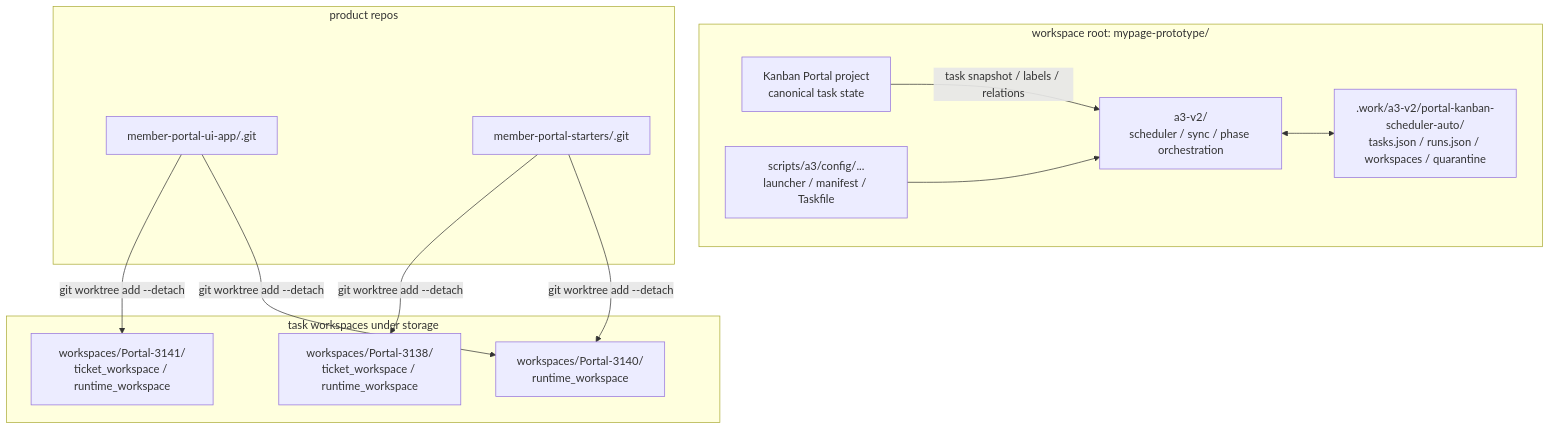
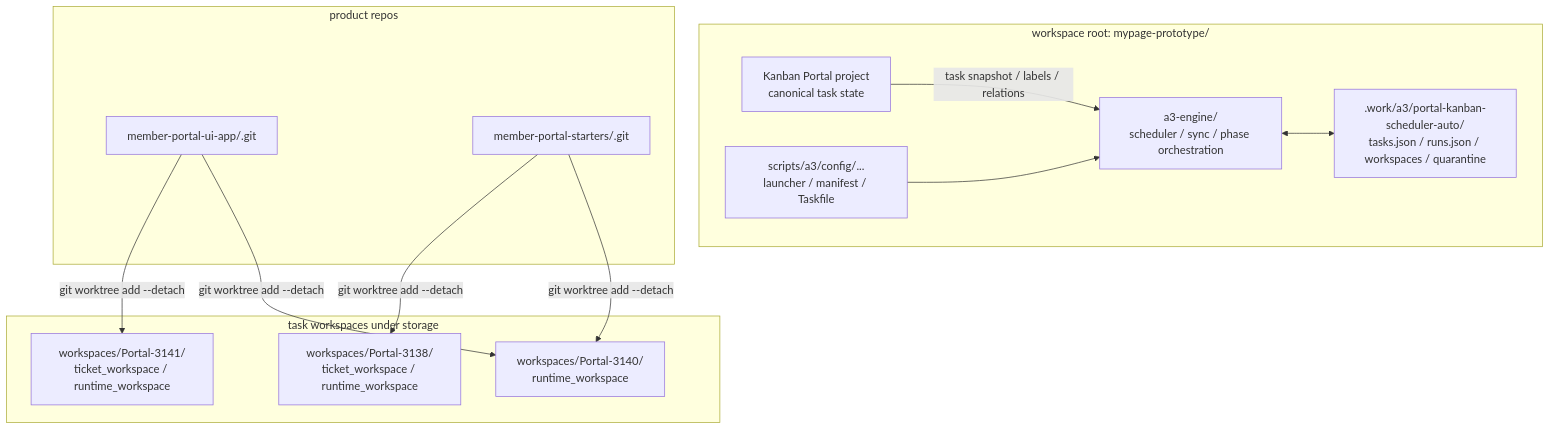
The first of 4 diagrams in docs/35-repo-worktree-and-merge-flow-diagrams.md (wamukat/a2o), drawn with Mermaid before and after one commit. The commit also changed other lines of this file and 9 other files, not shown here.

````diff
--- a/docs/35-repo-worktree-and-merge-flow-diagrams.md
+++ b/docs/35-repo-worktree-and-merge-flow-diagrams.md
@@ -21,29 +21,29 @@
 ```mermaid
 flowchart TB
   subgraph ROOT["workspace root: mypage-prototype/"]
     A3CFG["scripts/a3/config/...<br/>launcher / manifest / Taskfile"]
-    A3V2["a3-v2/<br/>scheduler / sync / phase orchestration"]
-    STORAGE[".work/a3-v2/portal-kanban-scheduler-auto/<br/>tasks.json / runs.json / workspaces / quarantine"]
+    A3ENGINE["a3-engine/<br/>scheduler / sync / phase orchestration"]
+    STORAGE[".work/a3/portal-kanban-scheduler-auto/<br/>tasks.json / runs.json / workspaces / quarantine"]
     KANBAN["Kanban Portal project<br/>canonical task state"]
   end
 
   subgraph REPOS["product repos"]
     UI["member-portal-ui-app/.git"]
     ST["member-portal-starters/.git"]
   end
 
   subgraph WORKSPACES["task workspaces under storage"]
     TW3138["workspaces/Portal-3138/<br/>ticket_workspace / runtime_workspace"]
     TW3141["workspaces/Portal-3141/<br/>ticket_workspace / runtime_workspace"]
     TW3140["workspaces/Portal-3140/<br/>runtime_workspace"]
   end
 
-  KANBAN -->|task snapshot / labels / relations| A3V2
-  A3CFG --> A3V2
-  A3V2 <--> STORAGE
+  KANBAN -->|task snapshot / labels / relations| A3ENGINE
+  A3CFG --> A3ENGINE
+  A3ENGINE <--> STORAGE
 
   UI -->|git worktree add --detach| TW3141
   UI -->|git worktree add --detach| TW3140
   ST -->|git worktree add --detach| TW3138
   ST -->|git worktree add --detach| TW3140
 ```
````
